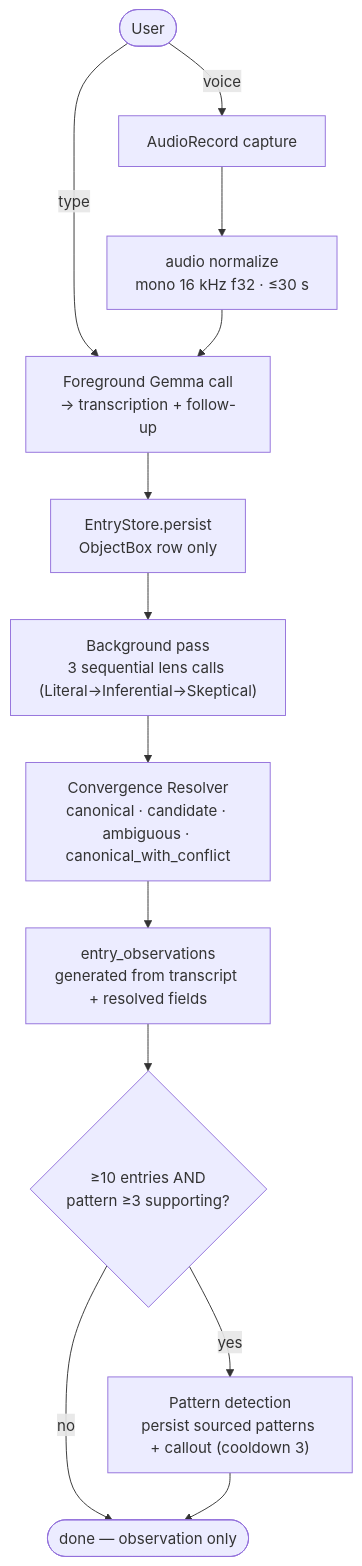
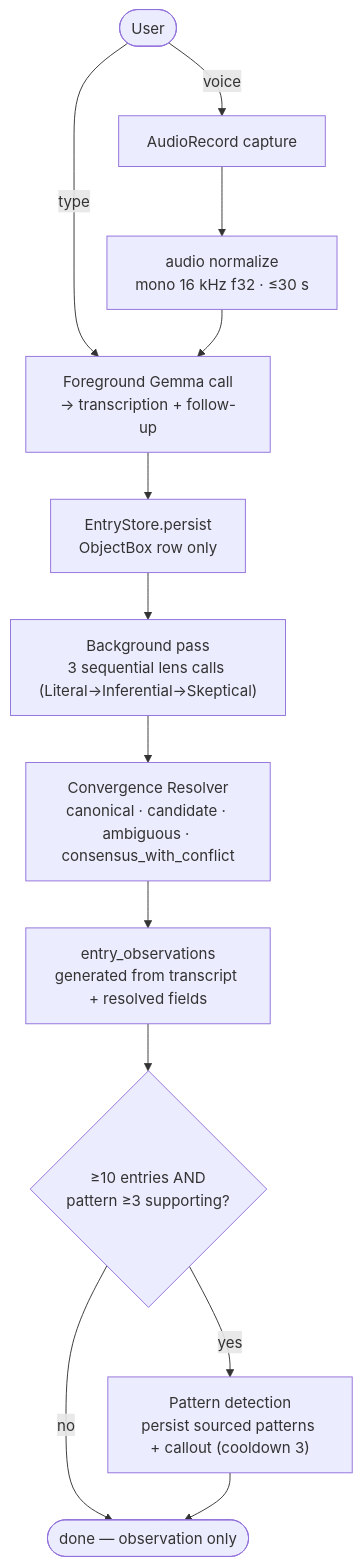
The fourth of 4 diagrams in docs/diagrams/architecture.md (anchildress1/vestige), drawn with Mermaid before and after one commit. The commit also changed 40 other files, not shown here.

First line of the commit message:
refactor: rename convergence verdict canonical -> consensus (UX terminology)

````diff
--- a/docs/diagrams/architecture.md
+++ b/docs/diagrams/architecture.md
@@ -90,18 +90,18 @@
 ```mermaid
 flowchart TB
     accTitle: End-to-end capture and extraction dataflow
     accDescr: User records or types. Voice goes through AudioRecord then audio normalization to mono 16kHz float32 max 30s, then a foreground Gemma call returns transcription and one follow-up. EntryStore persists ObjectBox rows only. A background pass runs three sequential lens calls, the convergence resolver writes canonical, candidate, or ambiguous fields plus entry observations, then pattern detection runs when the threshold is met.
 
     U(["User"]) -- voice --> AR["AudioRecord capture"]
     U -- type --> FG
     AR --> NORM["audio normalize<br/>mono 16 kHz f32 · ≤30 s"]
     NORM --> FG["Foreground Gemma call<br/>→ transcription + follow-up"]
     FG --> ES["EntryStore.persist<br/>ObjectBox row only"]
     ES --> BG["Background pass<br/>3 sequential lens calls (Literal→Inferential→Skeptical)"]
-    BG --> CR["Convergence Resolver<br/>canonical · candidate · ambiguous · canonical_with_conflict"]
+    BG --> CR["Convergence Resolver<br/>canonical · candidate · ambiguous · consensus_with_conflict"]
     CR --> OBS["entry_observations<br/>generated from transcript + resolved fields"]
     OBS --> PD{"≥10 entries AND<br/>pattern ≥3 supporting?"}
     PD -- yes --> PAT["Pattern detection<br/>persist sourced patterns + callout (cooldown 3)"]
     PD -- no --> Done(["done — observation only"])
     PAT --> Done
 ```
````
